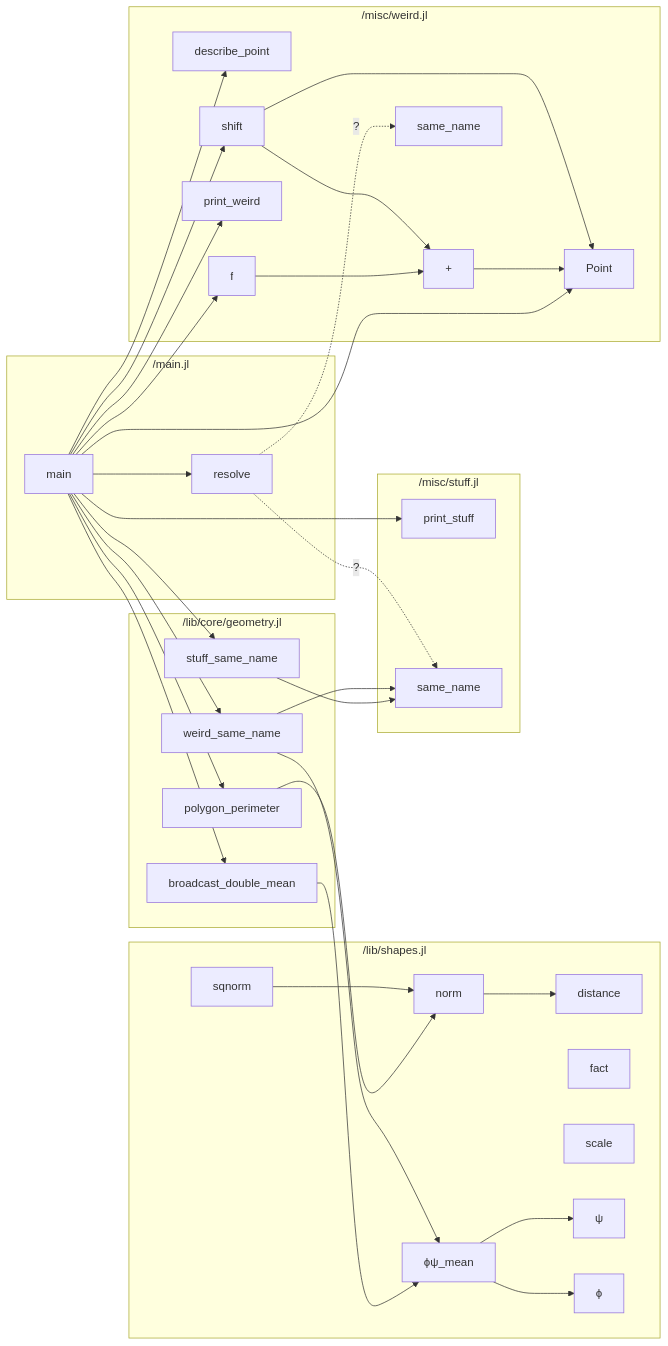
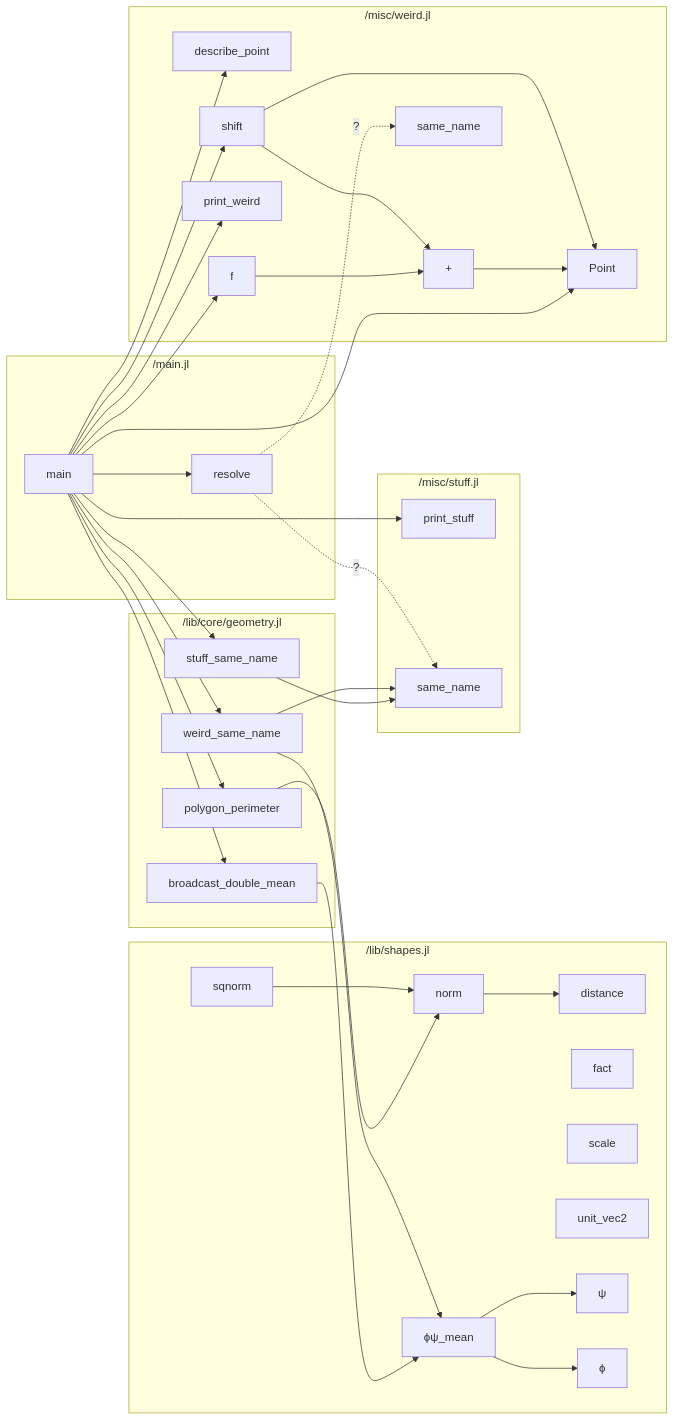
One commit to t-garin/MermaidCallGraph.jl changed the diagram in test/expected_test_repo.md. Above: the diagram before and after it, drawn with Mermaid. The commit also changed 2 other files, not shown here.

Commit message:
docs: struct quirks, test_repo: plain struct ctor

````diff
--- a/test/expected_test_repo.md
+++ b/test/expected_test_repo.md
@@ -1,62 +1,63 @@
 ```mermaid
 flowchart LR
     subgraph "/lib/core/geometry.jl"
         _lib_core_geometry_jl_broadcast_double_mean["broadcast_double_mean"]
         _lib_core_geometry_jl_polygon_perimeter["polygon_perimeter"]
         _lib_core_geometry_jl_stuff_same_name["stuff_same_name"]
         _lib_core_geometry_jl_weird_same_name["weird_same_name"]
     end
     subgraph "/lib/shapes.jl"
         _lib_shapes_jl_distance["distance"]
         _lib_shapes_jl_fact["fact"]
         _lib_shapes_jl_norm["norm"]
         _lib_shapes_jl_scale["scale"]
         _lib_shapes_jl_sqnorm["sqnorm"]
+        _lib_shapes_jl_unit_vec2["unit_vec2"]
         _lib_shapes_jl_u3c8["ψ"]
         _lib_shapes_jl_u3d5["ϕ"]
         _lib_shapes_jl_u3d5u3c8_mean["ϕψ_mean"]
     end
     subgraph "/main.jl"
         _main_jl_main["main"]
         _main_jl_resolve["resolve"]
     end
     subgraph "/misc/stuff.jl"
         _misc_stuff_jl_print_stuff["print_stuff"]
         _misc_stuff_jl_same_name["same_name"]
     end
     subgraph "/misc/weird.jl"
         _misc_weird_jl__["+"]
         _misc_weird_jl_Point["Point"]
         _misc_weird_jl_describe_point["describe_point"]
         _misc_weird_jl_f["f"]
         _misc_weird_jl_print_weird["print_weird"]
         _misc_weird_jl_same_name["same_name"]
         _misc_weird_jl_shift["shift"]
     end
     _lib_core_geometry_jl_broadcast_double_mean --> _lib_shapes_jl_u3d5u3c8_mean
     _lib_core_geometry_jl_polygon_perimeter --> _lib_shapes_jl_norm
     _lib_core_geometry_jl_stuff_same_name --> _misc_stuff_jl_same_name
     _lib_core_geometry_jl_weird_same_name --> _lib_shapes_jl_u3d5u3c8_mean
     _lib_core_geometry_jl_weird_same_name --> _misc_stuff_jl_same_name
     _lib_shapes_jl_norm --> _lib_shapes_jl_distance
     _lib_shapes_jl_sqnorm --> _lib_shapes_jl_norm
     _lib_shapes_jl_u3d5u3c8_mean --> _lib_shapes_jl_u3c8
     _lib_shapes_jl_u3d5u3c8_mean --> _lib_shapes_jl_u3d5
     _main_jl_main --> _lib_core_geometry_jl_broadcast_double_mean
     _main_jl_main --> _lib_core_geometry_jl_polygon_perimeter
     _main_jl_main --> _lib_core_geometry_jl_stuff_same_name
     _main_jl_main --> _lib_core_geometry_jl_weird_same_name
     _main_jl_main --> _main_jl_resolve
     _main_jl_main --> _misc_stuff_jl_print_stuff
     _main_jl_main --> _misc_weird_jl_Point
     _main_jl_main --> _misc_weird_jl_describe_point
     _main_jl_main --> _misc_weird_jl_f
     _main_jl_main --> _misc_weird_jl_print_weird
     _main_jl_main --> _misc_weird_jl_shift
     _main_jl_resolve -. ? .-> _misc_stuff_jl_same_name
     _main_jl_resolve -. ? .-> _misc_weird_jl_same_name
     _misc_weird_jl__ --> _misc_weird_jl_Point
     _misc_weird_jl_f --> _misc_weird_jl__
     _misc_weird_jl_shift --> _misc_weird_jl__
     _misc_weird_jl_shift --> _misc_weird_jl_Point
 ```
````
